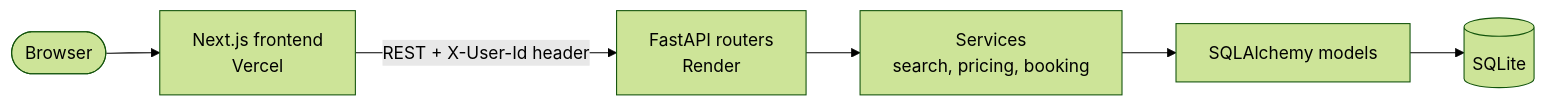
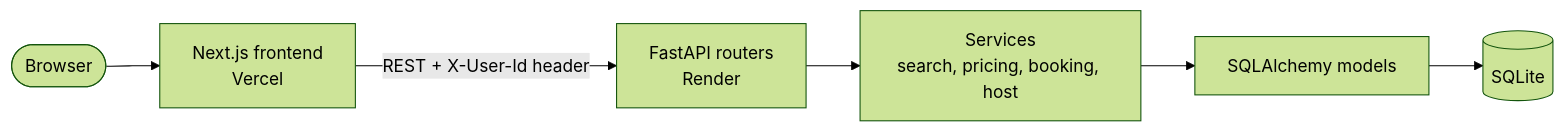
The first of 3 diagrams in README.md (Pulkitgoyal10/airbnb-clone), drawn with Mermaid (forest theme) before and after one commit. The commit also changed other lines of this file, not shown here.

````diff
--- a/README.md
+++ b/README.md
@@ -105,8 +151,8 @@
 ```mermaid
 flowchart LR
     U([Browser]) --> FE["Next.js frontend<br/>Vercel"]
     FE -- "REST + X-User-Id header" --> API["FastAPI routers<br/>Render"]
-    API --> SV["Services<br/>search, pricing, booking"]
+    API --> SV["Services<br/>search, pricing, booking, host"]
     SV --> ORM["SQLAlchemy models"]
     ORM --> DB[("SQLite")]
 ```
````
